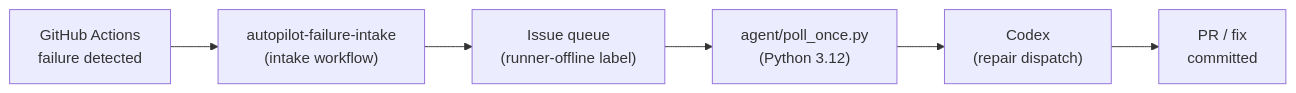
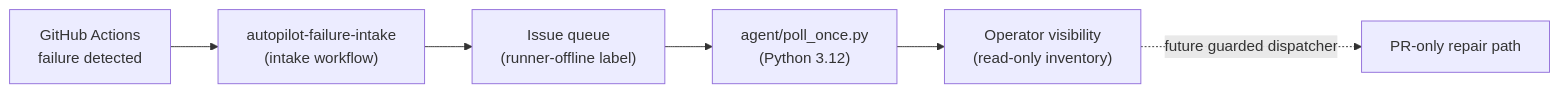
The diagram in README.md (Coding-Autopilot-System/ci-autopilot), drawn with Mermaid before and after one commit. The commit also changed other lines of this file, not shown here.

Commit message:
fix(docs): resolve F-08 remove stale capability claims

````diff
--- a/README.md
+++ b/README.md
@@ -23,8 +23,8 @@
 ```mermaid
 flowchart LR
     A["GitHub Actions\nfailure detected"] --> B["autopilot-failure-intake\n(intake workflow)"]
     B --> C["Issue queue\n(runner-offline label)"]
     C --> D["agent/poll_once.py\n(Python 3.12)"]
-    D --> E["Codex\n(repair dispatch)"]
-    E --> F["PR / fix\ncommitted"]
+    D --> E["Operator visibility\n(read-only inventory)"]
+    E -. "future guarded dispatcher" .-> F["PR-only repair path"]
 ```
````
